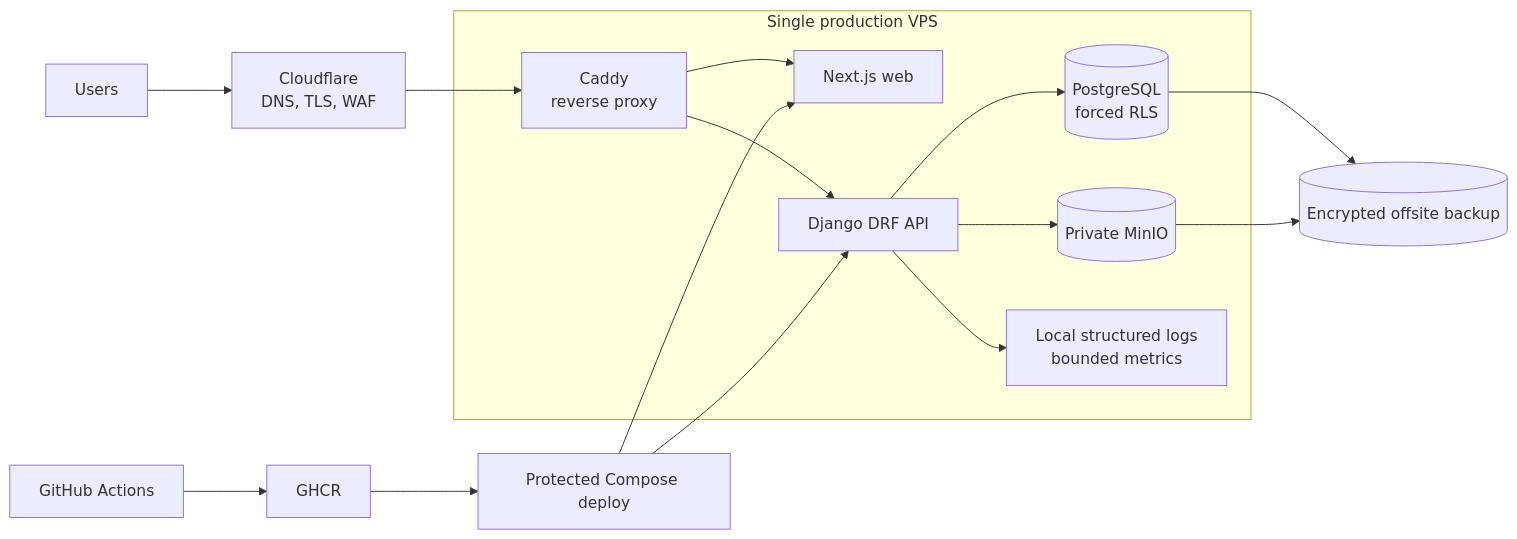
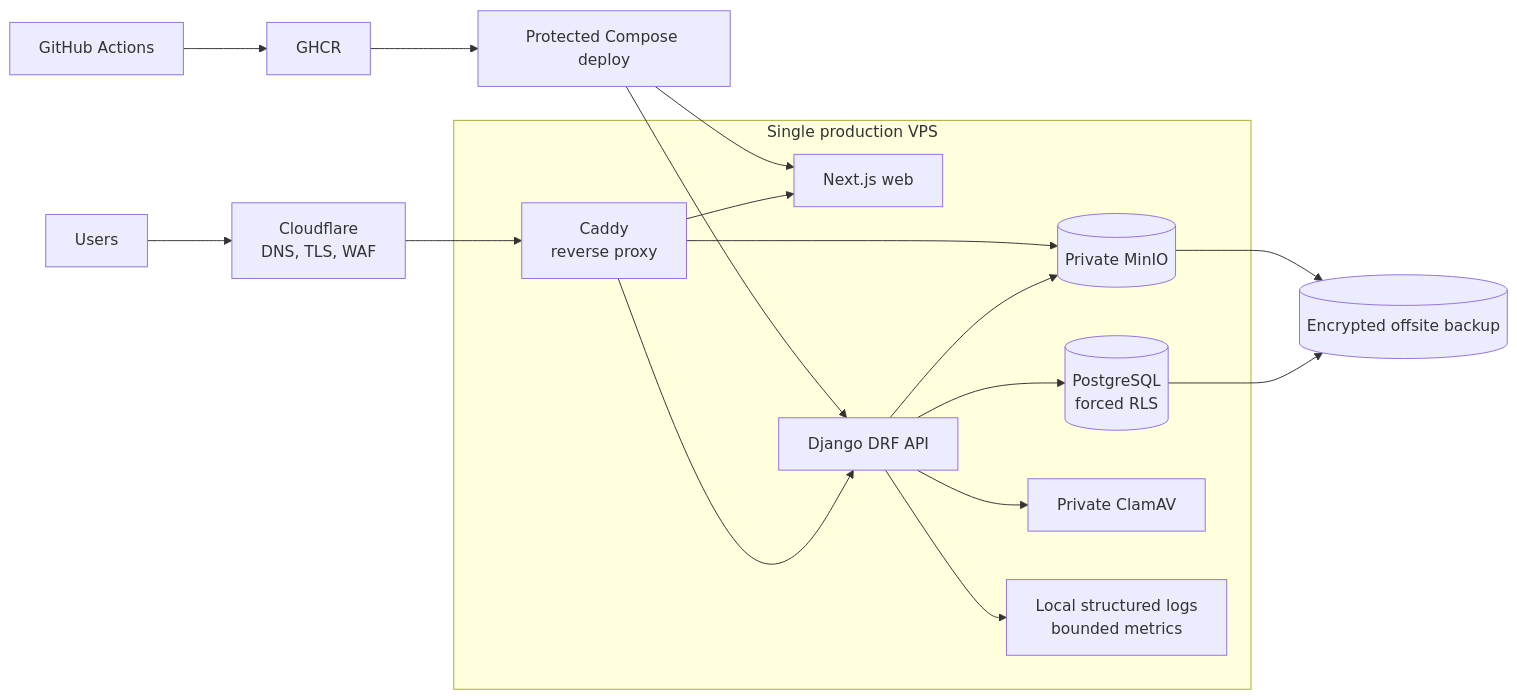
One commit to kyawswaraye/gym-management-system changed the fifth of 5 diagrams in docs/ARCHITECTURE.md. Above: the diagram before and after it, drawn with Mermaid. The commit also changed other lines of this file and 89 other files, not shown here.

````diff
--- a/docs/ARCHITECTURE.md
+++ b/docs/ARCHITECTURE.md
@@ -354,18 +369,20 @@
 ```mermaid
 flowchart LR
     U[Users] --> CF[Cloudflare<br/>DNS, TLS, WAF]
     CF --> RP[Caddy<br/>reverse proxy]
     subgraph VPS [Single production VPS]
         RP --> WEB[Next.js web]
         RP --> API[Django DRF API]
         API --> SQL[(PostgreSQL<br/>forced RLS)]
         API --> OBJ[(Private MinIO)]
+        API --> CLAM[Private ClamAV]
+        RP --> OBJ
         API --> OBS[Local structured logs<br/>bounded metrics]
     end
     GH[GitHub Actions] --> REG[GHCR]
     REG --> DEP[Protected Compose deploy]
     DEP --> WEB
     DEP --> API
     SQL --> BAK[(Encrypted offsite backup)]
     OBJ --> BAK
 ```
````
